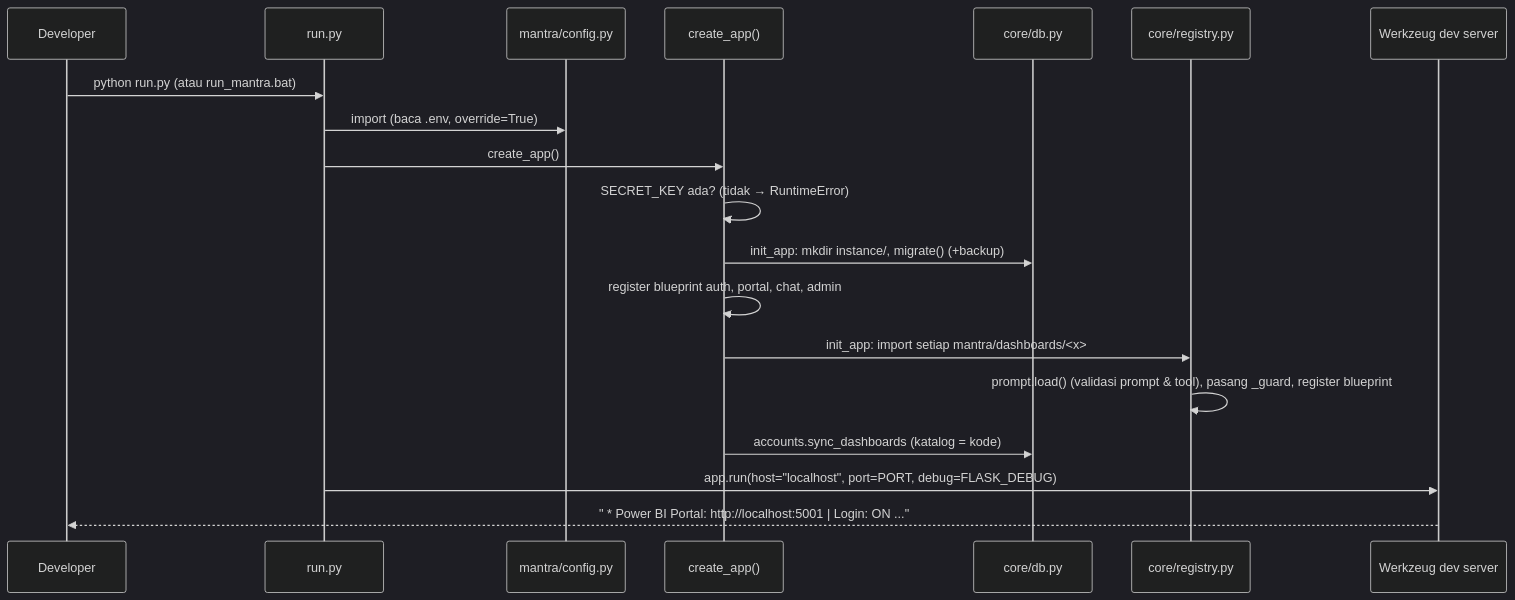
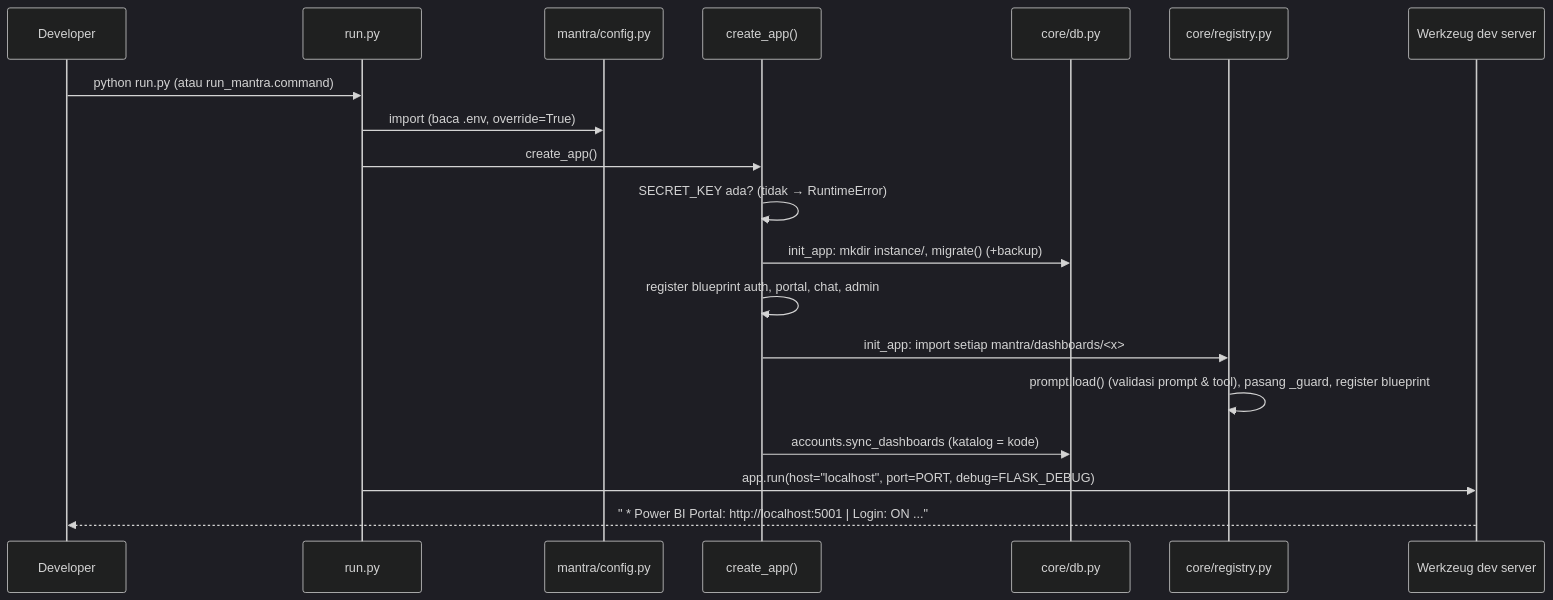
The first of 4 diagrams in docs/development_playbook/07_FLASK_STARTUP_AND_REQUEST_LIFECYCLE.md (mhdalfarisy/web-pbi-portal), drawn with Mermaid (dark theme) before and after one commit. The commit also changed 68 other files, not shown here.

````diff
--- a/docs/development_playbook/07_FLASK_STARTUP_AND_REQUEST_LIFECYCLE.md
+++ b/docs/development_playbook/07_FLASK_STARTUP_AND_REQUEST_LIFECYCLE.md
@@ -7,21 +7,21 @@
 ```mermaid
 sequenceDiagram
     participant Dev as Developer
     participant Run as run.py
     participant Cfg as mantra/config.py
     participant F as create_app()
     participant DB as core/db.py
     participant Reg as core/registry.py
     participant W as Werkzeug dev server
-    Dev->>Run: python run.py (atau run_mantra.bat)
+    Dev->>Run: python run.py (atau run_mantra.command)
     Run->>Cfg: import (baca .env, override=True)
     Run->>F: create_app()
     F->>F: SECRET_KEY ada? (tidak → RuntimeError)
     F->>DB: init_app: mkdir instance/, migrate() (+backup)
     F->>F: register blueprint auth, portal, chat, admin
     F->>Reg: init_app: import setiap mantra/dashboards/<x>
     Reg->>Reg: prompt.load() (validasi prompt & tool), pasang _guard, register blueprint
     F->>DB: accounts.sync_dashboards (katalog = kode)
     Run->>W: app.run(host="localhost", port=PORT, debug=FLASK_DEBUG)
     W-->>Dev: " * Power BI Portal: http://localhost:5001 | Login: ON ..."
 ```
````
